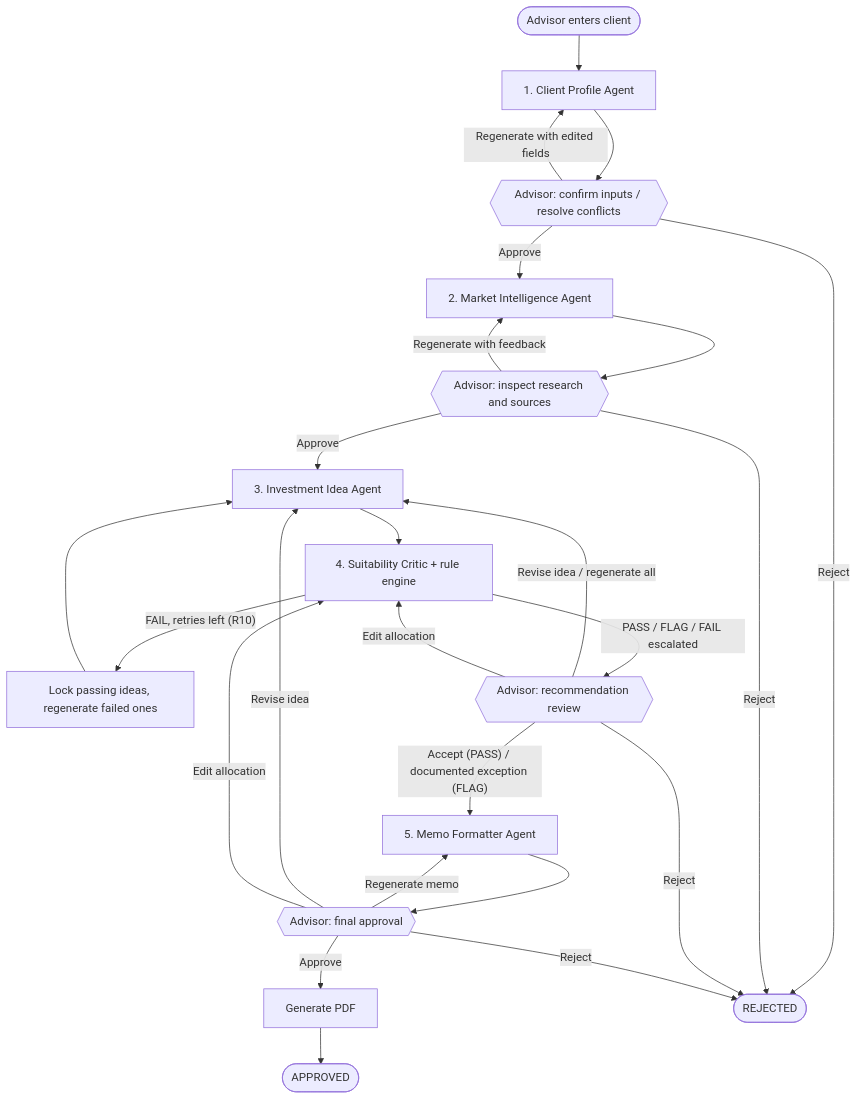
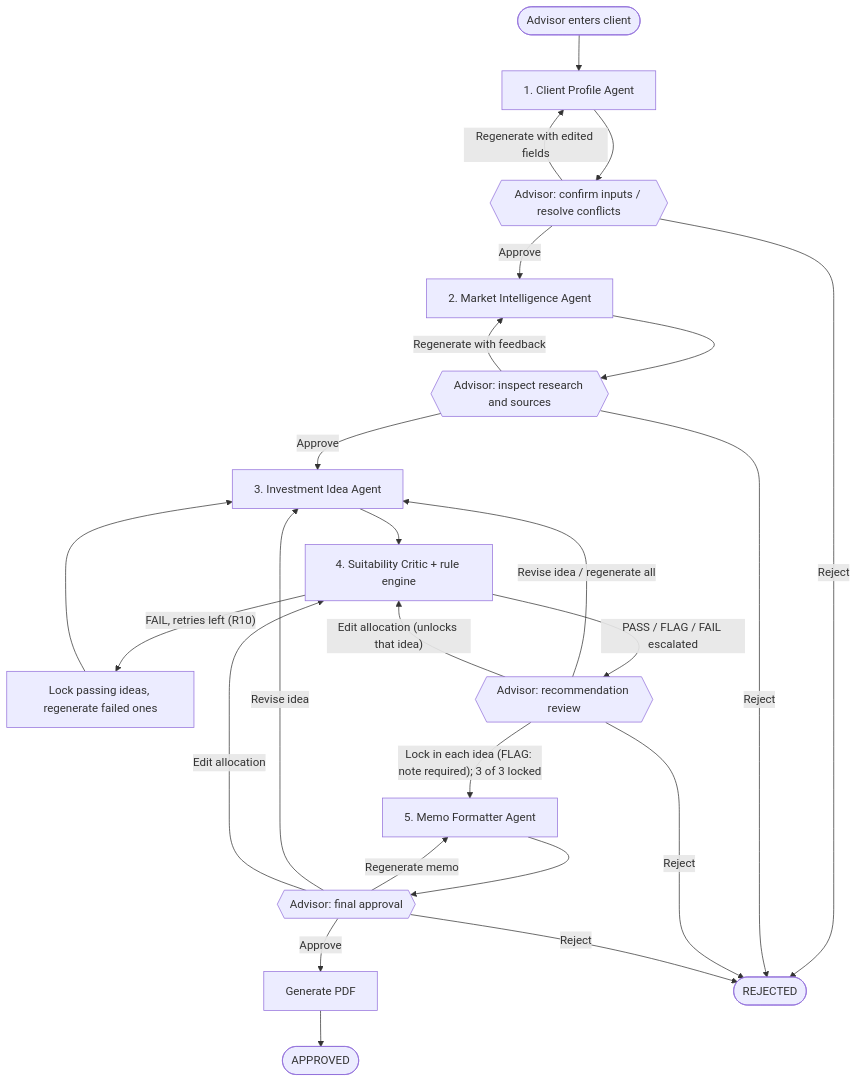
The diagram in FA-Main/README.md (swarna2727/UBS-OneView), drawn with Mermaid before and after one commit. The commit also changed other lines of this file and 8 other files, not shown here.

First line of the commit message:
Add per-idea lock-in at the recommendation review

````diff
--- a/FA-Main/README.md
+++ b/FA-Main/README.md
@@ -19,23 +19,23 @@
 ```mermaid
 flowchart TD
     START([Advisor enters client]) --> CP[1. Client Profile Agent]
     CP --> R1{{"Advisor: confirm inputs / resolve conflicts"}}
     R1 -->|"Regenerate with edited fields"| CP
     R1 -->|"Approve"| MI[2. Market Intelligence Agent]
     MI --> R2{{"Advisor: inspect research and sources"}}
     R2 -->|"Regenerate with feedback"| MI
     R2 -->|"Approve"| IG[3. Investment Idea Agent]
     IG --> SC[4. Suitability Critic + rule engine]
     SC -->|"FAIL, retries left (R10)"| SEL[Lock passing ideas, regenerate failed ones]
     SEL --> IG
     SC -->|"PASS / FLAG / FAIL escalated"| R3{{"Advisor: recommendation review"}}
     R3 -->|"Revise idea / regenerate all"| IG
-    R3 -->|"Edit allocation"| SC
-    R3 -->|"Accept (PASS) / documented exception (FLAG)"| MF[5. Memo Formatter Agent]
+    R3 -->|"Edit allocation (unlocks that idea)"| SC
+    R3 -->|"Lock in each idea (FLAG: note required); 3 of 3 locked"| MF[5. Memo Formatter Agent]
     MF --> R4{{"Advisor: final approval"}}
     R4 -->|"Regenerate memo"| MF
     R4 -->|"Revise idea"| IG
     R4 -->|"Edit allocation"| SC
     R4 -->|"Approve"| PDF[Generate PDF] --> DONE([APPROVED])
     R1 & R2 & R3 & R4 -->|"Reject"| REJ([REJECTED])
 ```
````
